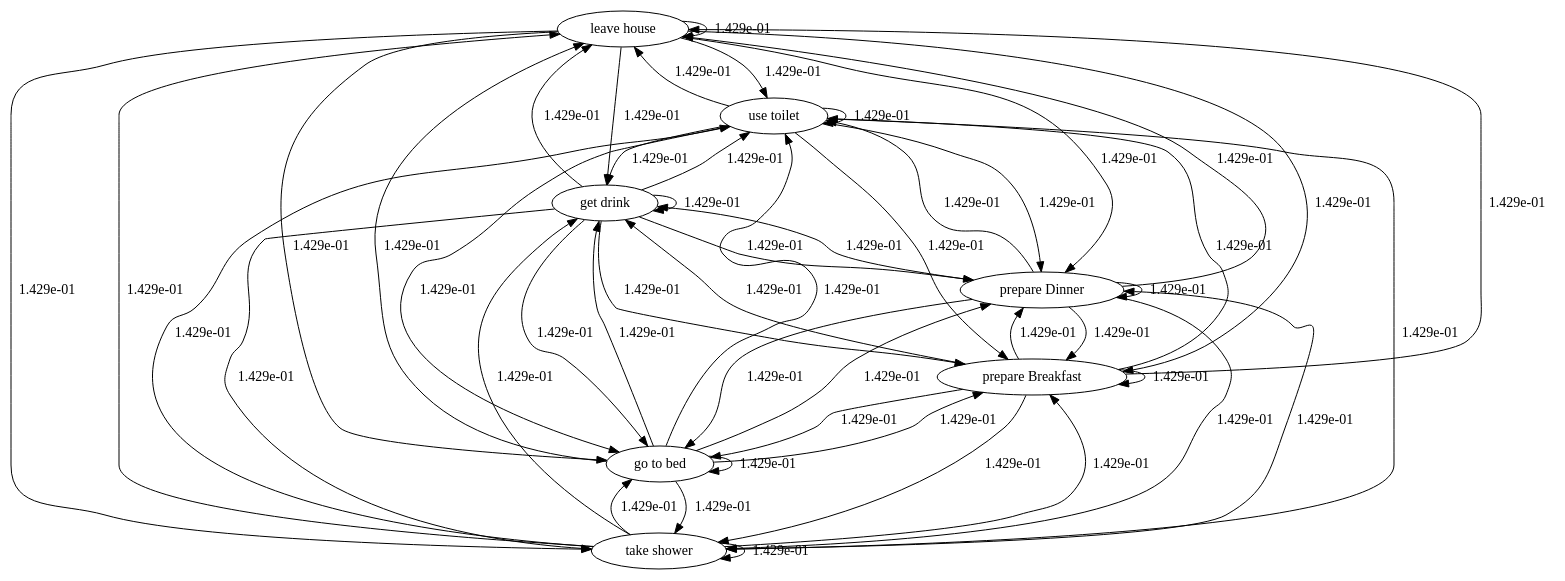
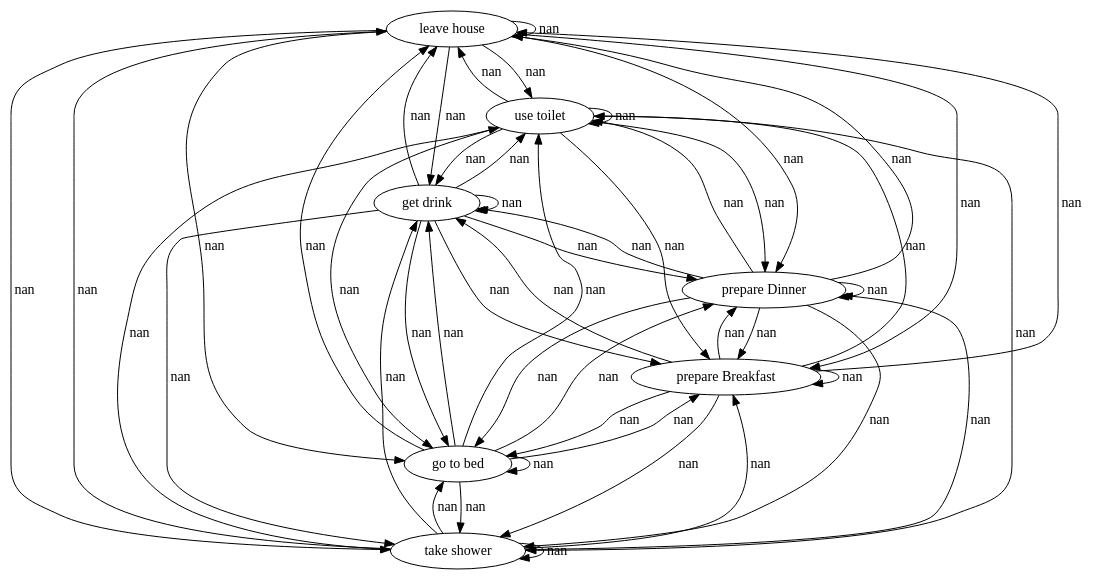
One commit to tcsvn/pyadlml changed the diagram in benchmarks/testing/test.gv. Above: the diagram before and after it, drawn with Graphviz. The commit also changed 29 other files, not shown here.

```diff
--- a/benchmarks/testing/test.gv
+++ b/benchmarks/testing/test.gv
@@ -1,58 +1,58 @@
 digraph {
 	1 [label="leave house"]
 	4 [label="use toilet"]
 	5 [label="take shower"]
 	10 [label="go to bed"]
 	13 [label="prepare Breakfast"]
 	15 [label="prepare Dinner"]
 	17 [label="get drink"]
-	1 -> 1 [label="1.429e-01"]
-	1 -> 4 [label="1.429e-01"]
-	1 -> 5 [label="1.429e-01"]
-	1 -> 10 [label="1.429e-01"]
-	1 -> 13 [label="1.429e-01"]
-	1 -> 15 [label="1.429e-01"]
-	1 -> 17 [label="1.429e-01"]
-	4 -> 1 [label="1.429e-01"]
-	4 -> 4 [label="1.429e-01"]
-	4 -> 5 [label="1.429e-01"]
-	4 -> 10 [label="1.429e-01"]
-	4 -> 13 [label="1.429e-01"]
-	4 -> 15 [label="1.429e-01"]
-	4 -> 17 [label="1.429e-01"]
-	5 -> 1 [label="1.429e-01"]
-	5 -> 4 [label="1.429e-01"]
-	5 -> 5 [label="1.429e-01"]
-	5 -> 10 [label="1.429e-01"]
-	5 -> 13 [label="1.429e-01"]
-	5 -> 15 [label="1.429e-01"]
-	5 -> 17 [label="1.429e-01"]
-	10 -> 1 [label="1.429e-01"]
-	10 -> 4 [label="1.429e-01"]
-	10 -> 5 [label="1.429e-01"]
-	10 -> 10 [label="1.429e-01"]
-	10 -> 13 [label="1.429e-01"]
-	10 -> 15 [label="1.429e-01"]
-	10 -> 17 [label="1.429e-01"]
-	13 -> 1 [label="1.429e-01"]
-	13 -> 4 [label="1.429e-01"]
-	13 -> 5 [label="1.429e-01"]
-	13 -> 10 [label="1.429e-01"]
-	13 -> 13 [label="1.429e-01"]
-	13 -> 15 [label="1.429e-01"]
-	13 -> 17 [label="1.429e-01"]
-	15 -> 1 [label="1.429e-01"]
-	15 -> 4 [label="1.429e-01"]
-	15 -> 5 [label="1.429e-01"]
-	15 -> 10 [label="1.429e-01"]
-	15 -> 13 [label="1.429e-01"]
-	15 -> 15 [label="1.429e-01"]
-	15 -> 17 [label="1.429e-01"]
-	17 -> 1 [label="1.429e-01"]
-	17 -> 4 [label="1.429e-01"]
-	17 -> 5 [label="1.429e-01"]
-	17 -> 10 [label="1.429e-01"]
-	17 -> 13 [label="1.429e-01"]
-	17 -> 15 [label="1.429e-01"]
-	17 -> 17 [label="1.429e-01"]
+	1 -> 1 [label=nan]
+	1 -> 4 [label=nan]
+	1 -> 5 [label=nan]
+	1 -> 10 [label=nan]
+	1 -> 13 [label=nan]
+	1 -> 15 [label=nan]
+	1 -> 17 [label=nan]
+	4 -> 1 [label=nan]
+	4 -> 4 [label=nan]
+	4 -> 5 [label=nan]
+	4 -> 10 [label=nan]
+	4 -> 13 [label=nan]
+	4 -> 15 [label=nan]
+	4 -> 17 [label=nan]
+	5 -> 1 [label=nan]
+	5 -> 4 [label=nan]
+	5 -> 5 [label=nan]
+	5 -> 10 [label=nan]
+	5 -> 13 [label=nan]
+	5 -> 15 [label=nan]
+	5 -> 17 [label=nan]
+	10 -> 1 [label=nan]
+	10 -> 4 [label=nan]
+	10 -> 5 [label=nan]
+	10 -> 10 [label=nan]
+	10 -> 13 [label=nan]
+	10 -> 15 [label=nan]
+	10 -> 17 [label=nan]
+	13 -> 1 [label=nan]
+	13 -> 4 [label=nan]
+	13 -> 5 [label=nan]
+	13 -> 10 [label=nan]
+	13 -> 13 [label=nan]
+	13 -> 15 [label=nan]
+	13 -> 17 [label=nan]
+	15 -> 1 [label=nan]
+	15 -> 4 [label=nan]
+	15 -> 5 [label=nan]
+	15 -> 10 [label=nan]
+	15 -> 13 [label=nan]
+	15 -> 15 [label=nan]
+	15 -> 17 [label=nan]
+	17 -> 1 [label=nan]
+	17 -> 4 [label=nan]
+	17 -> 5 [label=nan]
+	17 -> 10 [label=nan]
+	17 -> 13 [label=nan]
+	17 -> 15 [label=nan]
+	17 -> 17 [label=nan]
 }
```
